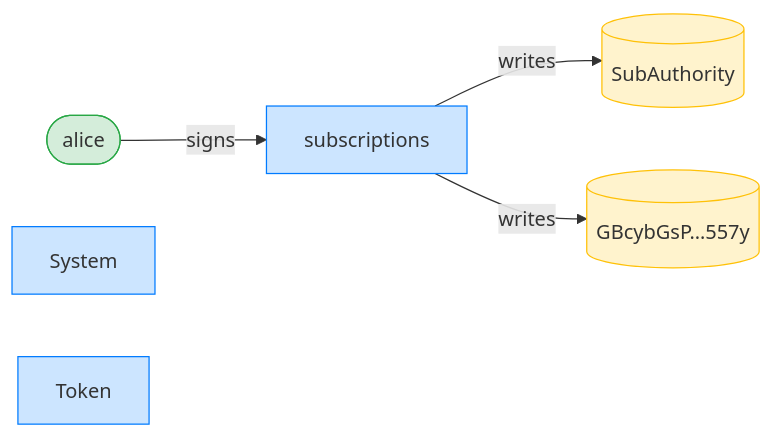
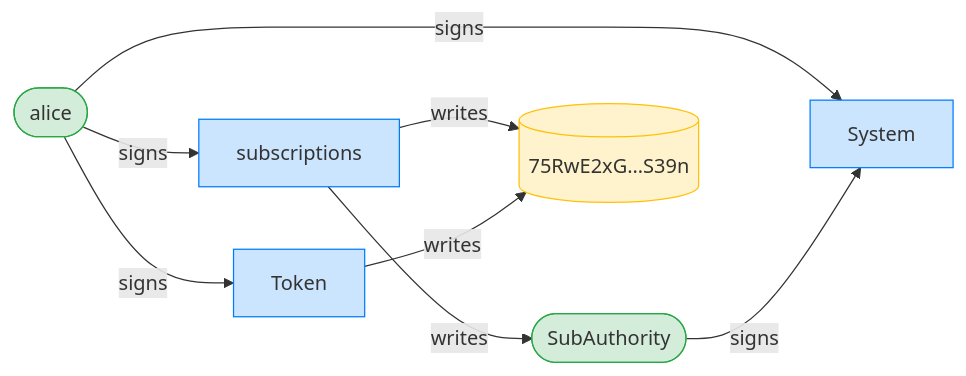
Before and after one commit to cds-rs/subscriptions: the third of 12 diagrams in dsl_tests/sentinel-start-begins-at-landing.md, drawn with Mermaid. The commit also changed other lines of this file and 224 other files, not shown here.

````diff
--- a/dsl_tests/sentinel-start-begins-at-landing.md
+++ b/dsl_tests/sentinel-start-begins-at-landing.md
@@ -55,15 +56,19 @@
 ```mermaid
 flowchart LR
     classDef signer fill:#d4edda,stroke:#28a745;
     classDef program fill:#cce5ff,stroke:#007bff;
     classDef writable fill:#fff3cd,stroke:#ffc107;
     subscriptions[subscriptions]:::program
     alice([alice]):::signer
-    SubAuthority[(SubAuthority)]:::writable
-    GBcybGsP_557y[("GBcybGsP…557y")]:::writable
+    SubAuthority([SubAuthority]):::signer
+    75RwE2xG_S39n[("75RwE2xG…S39n")]:::writable
     System[System]:::program
     Token[Token]:::program
     alice -->|signs| subscriptions
+    alice -->|signs| System
+    SubAuthority -->|signs| System
+    alice -->|signs| Token
     subscriptions -->|writes| SubAuthority
-    subscriptions -->|writes| GBcybGsP_557y
+    subscriptions -->|writes| 75RwE2xG_S39n
+    Token -->|writes| 75RwE2xG_S39n
 ```
````
